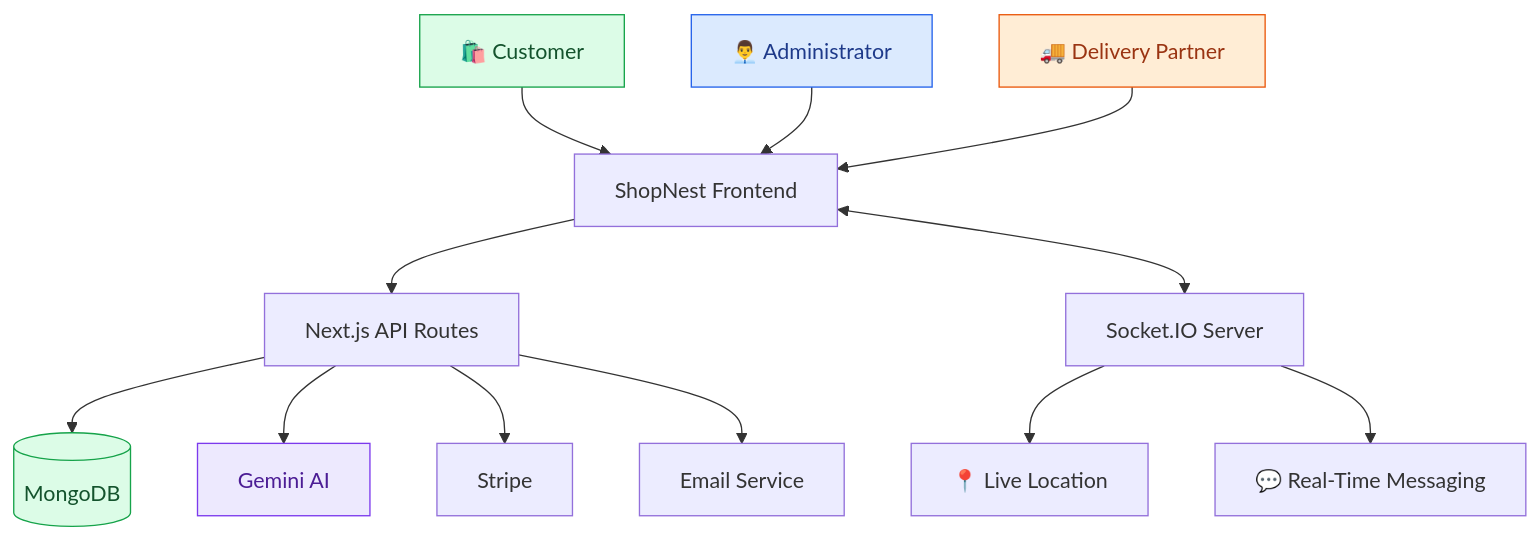
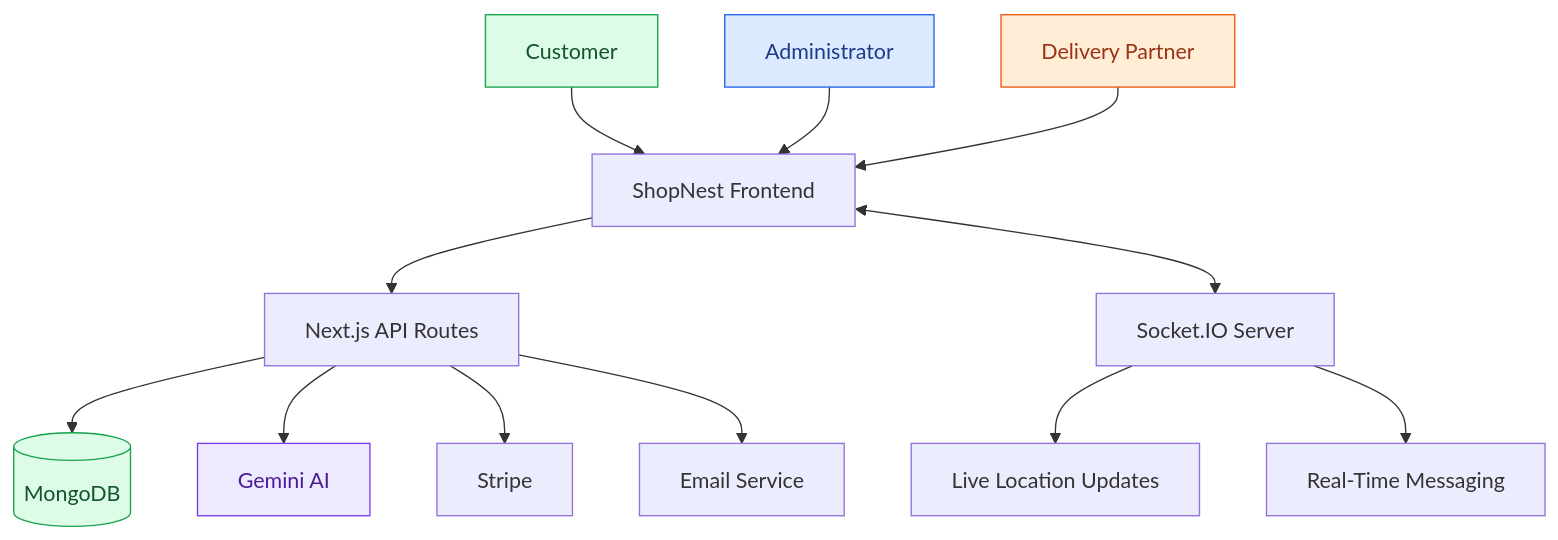
One commit to samarthpandey158/groceryFolder changed the diagram in README.md. Above: the diagram before and after it, drawn with Mermaid. The commit also changed other lines of this file, not shown here.

````diff
--- a/README.md
+++ b/README.md
@@ -73,23 +100,23 @@
 ```mermaid
 flowchart TD
-    A["🛍️ Customer"] --> D["ShopNest Frontend"]
-    B["👨‍💼 Administrator"] --> D
-    C["🚚 Delivery Partner"] --> D
+    A["Customer"] --> D["ShopNest Frontend"]
+    B["Administrator"] --> D
+    C["Delivery Partner"] --> D
 
     D --> E["Next.js API Routes"]
     D <--> F["Socket.IO Server"]
 
     E --> G[("MongoDB")]
     E --> H["Gemini AI"]
     E --> I["Stripe"]
     E --> J["Email Service"]
 
-    F --> K["📍 Live Location"]
-    F --> L["💬 Real-Time Messaging"]
+    F --> K["Live Location Updates"]
+    F --> L["Real-Time Messaging"]
 
     style A fill:#dcfce7,stroke:#16a34a,color:#14532d
     style B fill:#dbeafe,stroke:#2563eb,color:#1e3a8a
     style C fill:#ffedd5,stroke:#ea580c,color:#9a3412
     style H fill:#ede9fe,stroke:#7c3aed,color:#4c1d95
     style G fill:#dcfce7,stroke:#16a34a,color:#14532d
 ```
````
